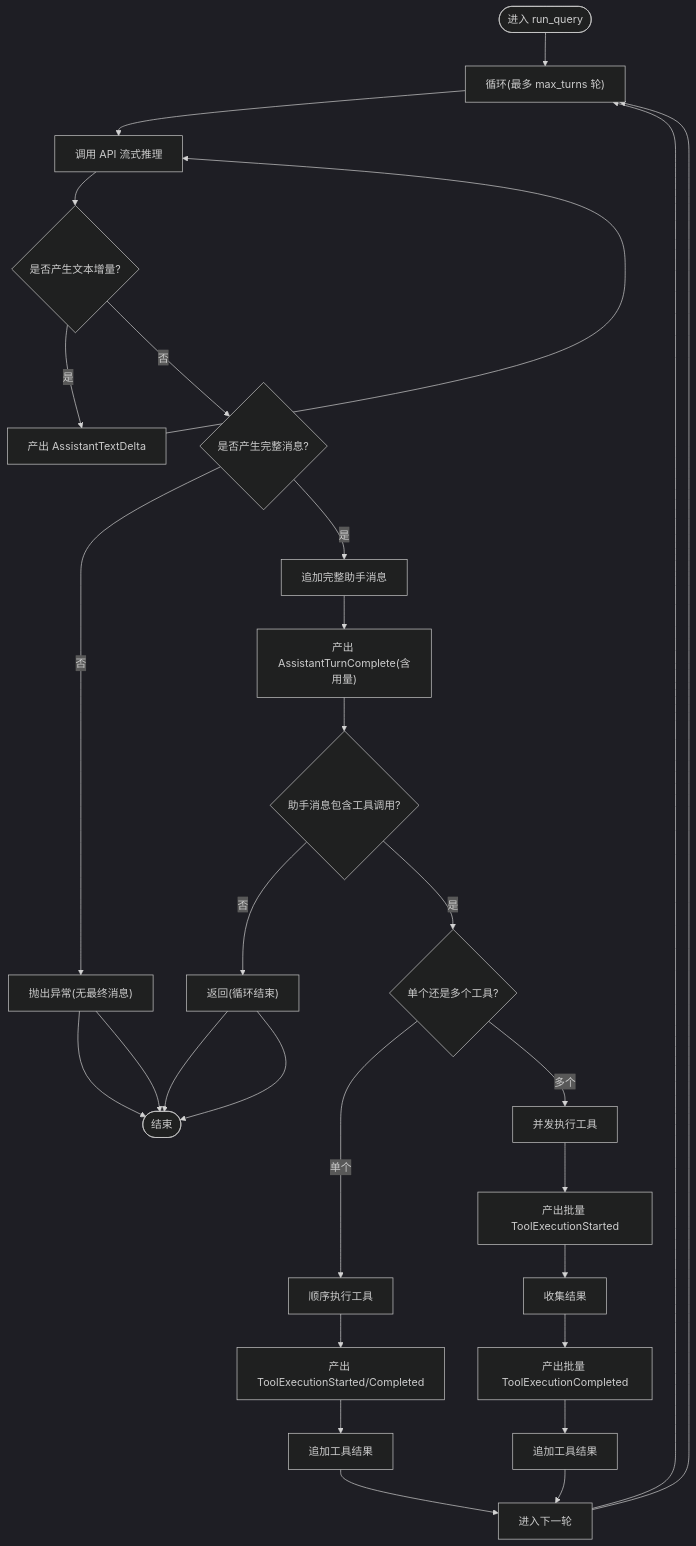
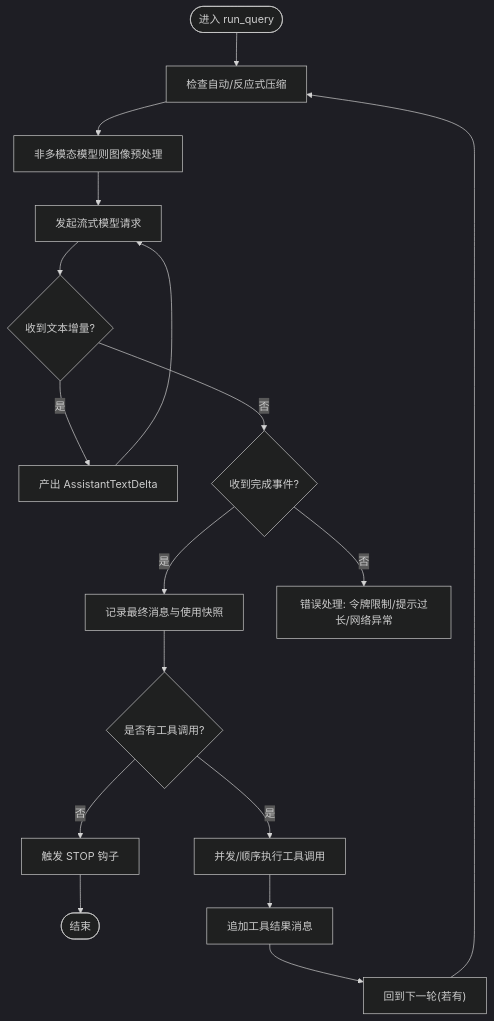
One commit to haolange/OpenHarness changed the third of 4 diagrams in .qoder/repowiki/zh/content/核心概念/代理循环机制.md. Above: the diagram before and after it, drawn with Mermaid (dark theme). The commit also changed other lines of this file and 222 other files, not shown here.

````diff
--- a/.qoder/repowiki/zh/content/核心概念/代理循环机制.md
+++ b/.qoder/repowiki/zh/content/核心概念/代理循环机制.md
@@ -198,17 +168,15 @@
 ```mermaid
 flowchart TD
-Start(["进入 run_query"]) --> Loop["循环(最多 max_turns 轮)"]
-Loop --> Infer["调用 API 流式推理"]
-Infer --> Delta{"是否产生文本增量?"}
-Delta --> |是| YieldDelta["产出 AssistantTextDelta"] --> Infer
-Delta --> |否| Complete{"是否产生完整消息?"}
-Complete --> |否| RaiseErr["抛出异常(无最终消息)"] --> End
-Complete --> |是| AppendMsg["追加完整助手消息"] --> YieldTurn["产出 AssistantTurnComplete(含用量)"]
-YieldTurn --> HasTools{"助手消息包含工具调用?"}
-HasTools --> |否| Return["返回(循环结束)"] --> End
-HasTools --> |是| OneOrMany{"单个还是多个工具?"}
-OneOrMany --> |单个| ExecOne["顺序执行工具"] --> PostHookOne["产出 ToolExecutionStarted/Completed"] --> AppendResOne["追加工具结果"] --> NextIter["进入下一轮"] --> Loop
-OneOrMany --> |多个| ExecMany["并发执行工具"] --> PostHookMany["产出批量 ToolExecutionStarted"] --> Gather["收集结果"] --> PostHookMany2["产出批量 ToolExecutionCompleted"] --> AppendResMany["追加工具结果"] --> NextIter --> Loop
-RaiseErr --> End(["结束"])
-Return --> End
+Start(["进入 run_query"]) --> CheckCompact["检查自动/反应式压缩"]
+CheckCompact --> PreImg["非多模态模型则图像预处理"]
+PreImg --> Request["发起流式模型请求"]
+Request --> Delta{"收到文本增量?"}
+Delta --> |是| YieldDelta["产出 AssistantTextDelta"] --> Request
+Delta --> |否| Complete{"收到完成事件?"}
+Complete --> |是| FinalMsg["记录最终消息与使用快照"]
+Complete --> |否| Error["错误处理: 令牌限制/提示过长/网络异常"]
+FinalMsg --> ToolCalls{"是否有工具调用?"}
+ToolCalls --> |否| StopHook["触发 STOP 钩子"] --> End(["结束"])
+ToolCalls --> |是| Exec["并发/顺序执行工具调用"]
+Exec --> Append["追加工具结果消息"] --> LoopBack["回到下一轮(若有)"] --> CheckCompact
 ```
````
